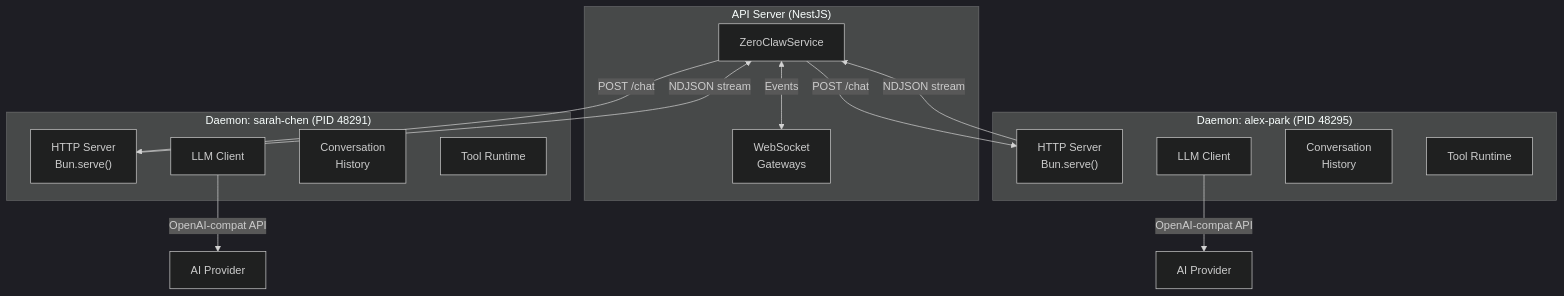
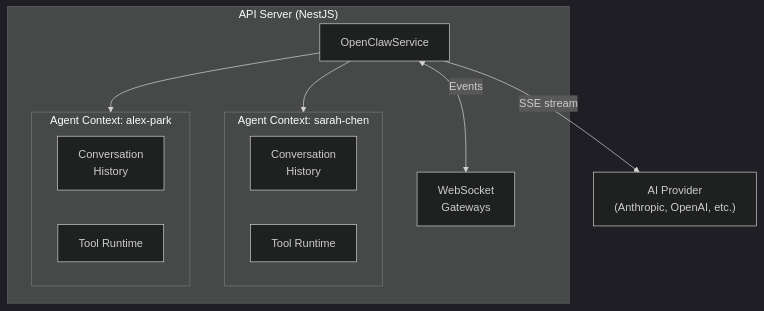
One commit to pde-rent/monokeros changed the fourth of 8 diagrams in docs/core-concepts/agents.md. Above: the diagram before and after it, drawn with Mermaid (dark theme). The commit also changed other lines of this file and 31 other files, not shown here.

First line of the commit message:
feat: rewrite docs for OpenClaw, add acceptance criteria and artifact models

````diff
--- a/docs/core-concepts/agents.md
+++ b/docs/core-concepts/agents.md
@@ -156,31 +148,23 @@
 ```mermaid
 flowchart TB
     subgraph API["API Server (NestJS)"]
-        ZCS["ZeroClawService"]
+        OCS["OpenClawService"]
         WS["WebSocket<br/>Gateways"]
+
+        subgraph AgentCtx1["Agent Context: sarah-chen"]
+            History1["Conversation<br/>History"]
+            Tools1["Tool Runtime"]
+        end
+
+        subgraph AgentCtx2["Agent Context: alex-park"]
+            History2["Conversation<br/>History"]
+            Tools2["Tool Runtime"]
+        end
     end
 
-    subgraph Daemon1["Daemon: sarah-chen (PID 48291)"]
-        HTTP1["HTTP Server<br/>Bun.serve()"]
-        LLM1["LLM Client"]
-        History1["Conversation<br/>History"]
-        Tools1["Tool Runtime"]
-    end
-
-    subgraph Daemon2["Daemon: alex-park (PID 48295)"]
-        HTTP2["HTTP Server<br/>Bun.serve()"]
-        LLM2["LLM Client"]
-        History2["Conversation<br/>History"]
-        Tools2["Tool Runtime"]
-    end
-
-    ZCS -->|"POST /chat"| HTTP1
-    ZCS -->|"POST /chat"| HTTP2
-    HTTP1 -->|"NDJSON stream"| ZCS
-    HTTP2 -->|"NDJSON stream"| ZCS
-    LLM1 -->|"OpenAI-compat API"| Provider1["AI Provider"]
-    LLM2 -->|"OpenAI-compat API"| Provider2["AI Provider"]
-
-    ZCS <-->|"Events"| WS
+    OCS --> AgentCtx1
+    OCS --> AgentCtx2
+    OCS -->|"SSE stream"| Provider1["AI Provider<br/>(Anthropic, OpenAI, etc.)"]
+    OCS <-->|"Events"| WS
 
 ```
````
